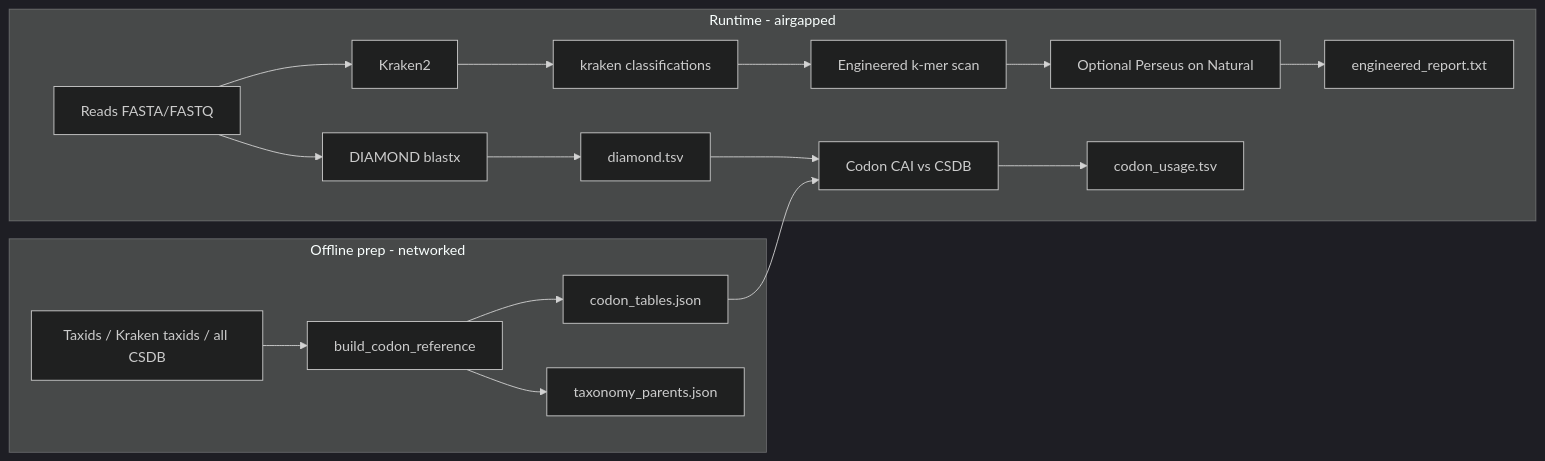
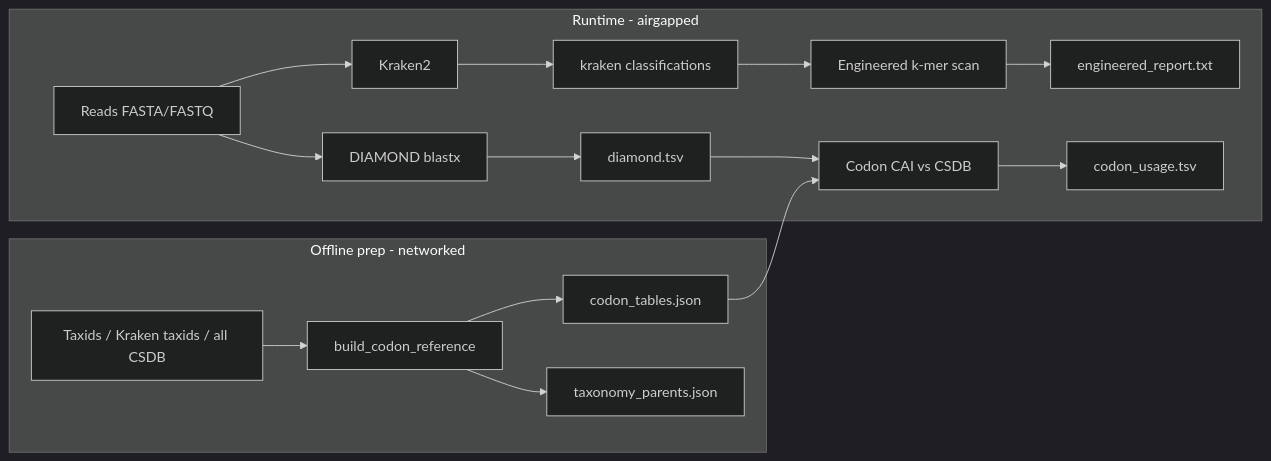
One commit to treangenlab/PlasmidScreen changed the diagram in docs/DESIGN.md. Above: the diagram before and after it, drawn with Mermaid (dark theme). The commit also changed other lines of this file and 17 other files, not shown here.

````diff
--- a/docs/DESIGN.md
+++ b/docs/DESIGN.md
@@ -7,20 +7,19 @@
 ```mermaid
 flowchart LR
   subgraph prep [Offline prep - networked]
     A[Taxids / Kraken taxids / all CSDB] --> B[build_codon_reference]
     B --> C[codon_tables.json]
     B --> D[taxonomy_parents.json]
   end
   subgraph runtime [Runtime - airgapped]
     E[Reads FASTA/FASTQ] --> F[Kraken2]
     F --> G[kraken classifications]
     G --> H[Engineered k-mer scan]
-    H --> P[Optional Perseus on Natural]
-    P --> I[engineered_report.txt]
+    H --> I[engineered_report.txt]
     E --> J[DIAMOND blastx]
     J --> K[diamond.tsv]
     K --> L[Codon CAI vs CSDB]
     C --> L
     L --> M[codon_usage.tsv]
   end
 ```
````
